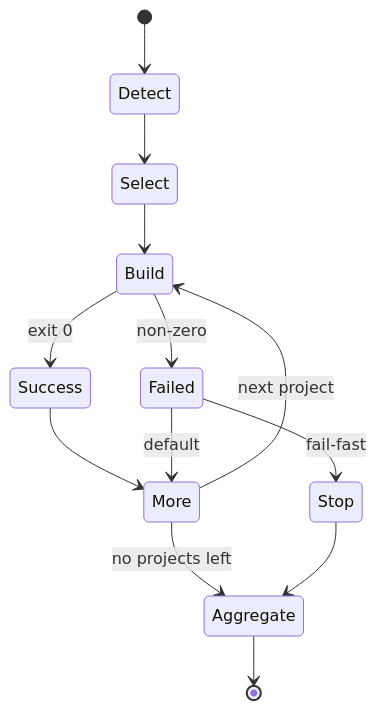
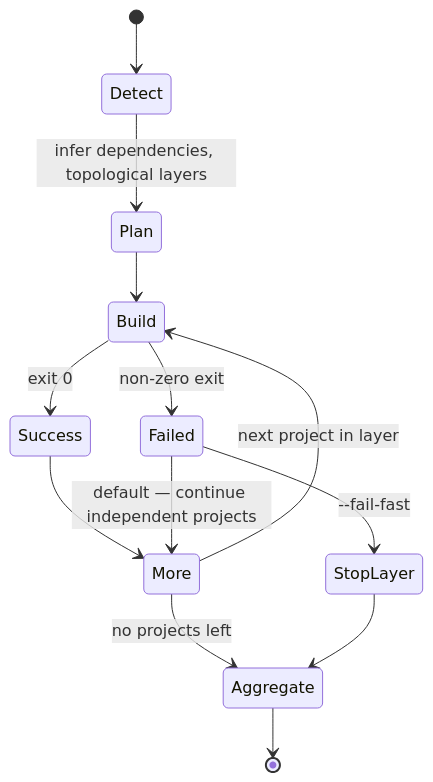
The fifth of 10 diagrams in README.en.md (Claude-Personal/ubs), drawn with Mermaid before and after one commit. The commit also changed other lines of this file, not shown here.

First line of the commit message:
docs(readme): rewrite English README with verified architecture, publish workflow, and security details

````diff
--- a/README.en.md
+++ b/README.en.md
@@ -152,15 +220,15 @@
 ```mermaid
 stateDiagram-v2
     [*] --> Detect
-    Detect --> Select
-    Select --> Build
+    Detect --> Plan: infer dependencies, topological layers
+    Plan --> Build
     Build --> Success: exit 0
-    Build --> Failed: non-zero
+    Build --> Failed: non-zero exit
     Success --> More
-    Failed --> Stop: fail-fast
-    Failed --> More: default
-    More --> Build: next project
+    Failed --> StopLayer: --fail-fast
+    Failed --> More: default — continue independent projects
+    More --> Build: next project in layer
     More --> Aggregate: no projects left
-    Stop --> Aggregate
+    StopLayer --> Aggregate
     Aggregate --> [*]
 ```
````
